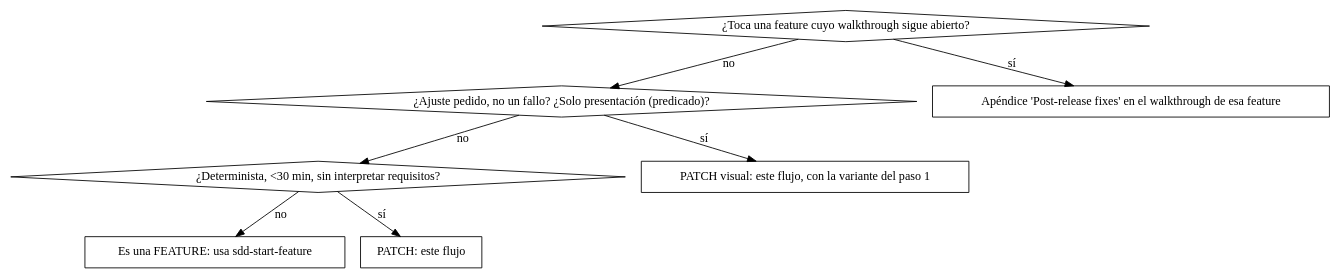
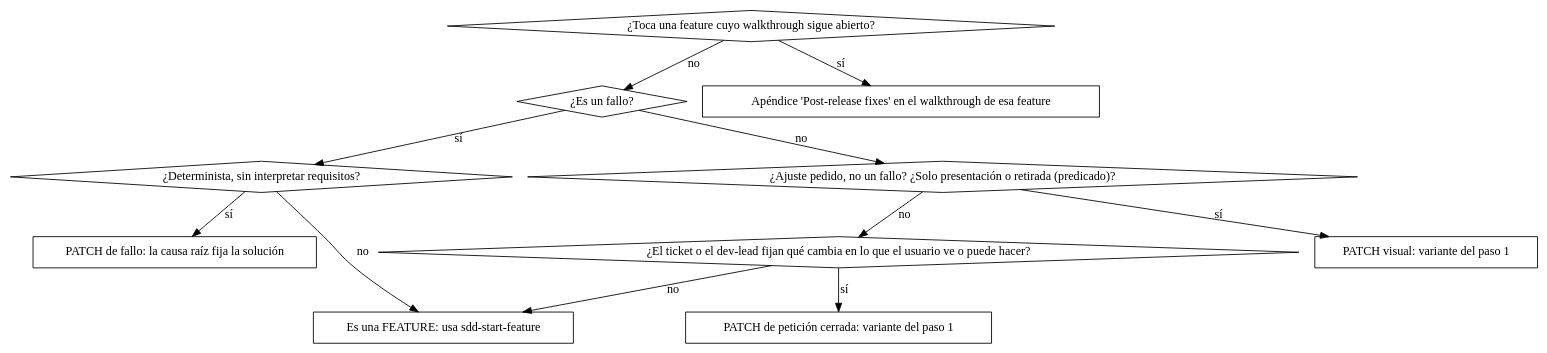
The diagram in skills/sdd-start-patch/SKILL.md (pikachumetal/sdd-kit), drawn with Graphviz before and after one commit. The commit also changed other lines of this file and 124 other files, not shown here.

First line of the commit message:
feat(patch): el carril patch lo decide quién fijó la solución

````diff
--- a/skills/sdd-start-patch/SKILL.md
+++ b/skills/sdd-start-patch/SKILL.md
@@ -17,18 +17,20 @@
 ```dot
 digraph decision {
-    "¿Toca una feature cuyo walkthrough sigue abierto?" [shape=diamond];
-    "¿Ajuste pedido, no un fallo? ¿Solo presentación (predicado)?" [shape=diamond];
-    "¿Determinista, <30 min, sin interpretar requisitos?" [shape=diamond];
-    "PATCH visual: este flujo, con la variante del paso 1" [shape=box];
-    "Apéndice 'Post-release fixes' en el walkthrough de esa feature" [shape=box];
-    "Es una FEATURE: usa sdd-start-feature" [shape=box];
-    "PATCH: este flujo" [shape=box];
+    wt [label="¿Toca una feature cuyo walkthrough sigue abierto?" shape=diamond];
+    fallo [label="¿Es un fallo?" shape=diamond];
+    det [label="¿Determinista, sin interpretar requisitos?" shape=diamond];
+    vis [label="¿Ajuste pedido, no un fallo? ¿Solo presentación o retirada (predicado)?" shape=diamond];
+    cerrada [label="¿El ticket o el dev-lead fijan qué cambia en lo que el usuario ve o puede hacer?" shape=diamond];
+    apendice [label="Apéndice 'Post-release fixes' en el walkthrough de esa feature" shape=box];
+    pfallo [label="PATCH de fallo: la causa raíz fija la solución" shape=box];
+    pvis [label="PATCH visual: variante del paso 1" shape=box];
+    pcerrada [label="PATCH de petición cerrada: variante del paso 1" shape=box];
+    feature [label="Es una FEATURE: usa sdd-start-feature" shape=box];
 
-    "¿Toca una feature cuyo walkthrough sigue abierto?" -> "Apéndice 'Post-release fixes' en el walkthrough de esa feature" [label="sí"];
-    "¿Toca una feature cuyo walkthrough sigue abierto?" -> "¿Ajuste pedido, no un fallo? ¿Solo presentación (predicado)?" [label="no"];
-    "¿Ajuste pedido, no un fallo? ¿Solo presentación (predicado)?" -> "PATCH visual: este flujo, con la variante del paso 1" [label="sí"];
-    "¿Ajuste pedido, no un fallo? ¿Solo presentación (predicado)?" -> "¿Determinista, <30 min, sin interpretar requisitos?" [label="no"];
-    "¿Determinista, <30 min, sin interpretar requisitos?" -> "PATCH: este flujo" [label="sí"];
-    "¿Determinista, <30 min, sin interpretar requisitos?" -> "Es una FEATURE: usa sdd-start-feature" [label="no"];
+    wt -> apendice [label="sí"]; wt -> fallo [label="no"];
+    fallo -> det [label="sí"]; fallo -> vis [label="no"];
+    det -> pfallo [label="sí"]; det -> feature [label="no"];
+    vis -> pvis [label="sí"]; vis -> cerrada [label="no"];
+    cerrada -> pcerrada [label="sí"]; cerrada -> feature [label="no"];
 }
 ```
````
